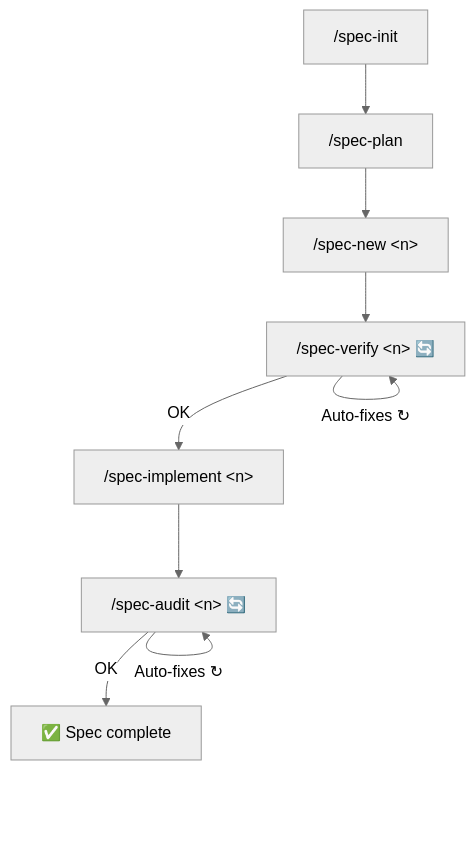
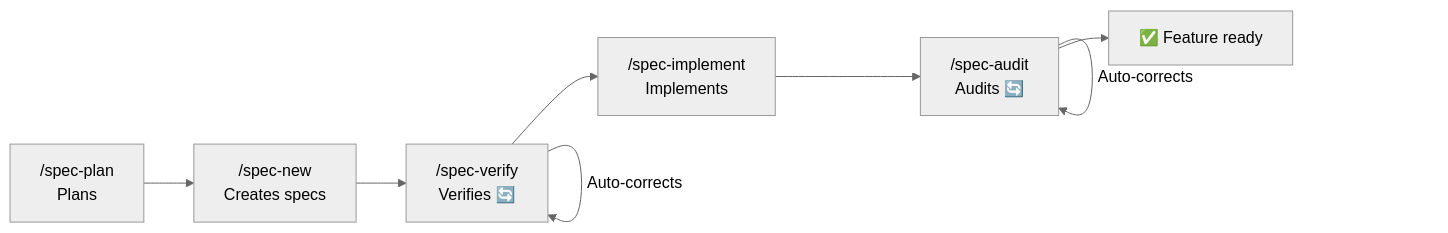
Before and after one commit to andrelncampos/dscode-public: the diagram in docs/i18n/README.en.md, drawn with Mermaid (neutral theme). The commit also changed other lines of this file and 4 other files, not shown here.

````diff
--- a/docs/i18n/README.en.md
+++ b/docs/i18n/README.en.md
@@ -400,11 +33,10 @@
 ```mermaid
-flowchart TD
-    INIT["/spec-init"] --> PLAN["/spec-plan"]
-    PLAN --> NEW["/spec-new &lt;n&gt;"]
-    NEW --> VERIFY["/spec-verify &lt;n&gt; 🔄"]
-    VERIFY -->|OK| IMPL["/spec-implement &lt;n&gt;"]
-    VERIFY -->|"Auto-fixes ↻"| VERIFY
-    IMPL --> AUDIT["/spec-audit &lt;n&gt; 🔄"]
-    AUDIT -->|OK| DONE[✅ Spec complete]
-    AUDIT -->|"Auto-fixes ↻"| AUDIT
+flowchart LR
+    P["/spec-plan<br/>Plans"] --> N["/spec-new<br/>Creates specs"]
+    N --> V["/spec-verify<br/>Verifies 🔄"]
+    V -->|"Auto-corrects"| V
+    V --> I["/spec-implement<br/>Implements"]
+    I --> A["/spec-audit<br/>Audits 🔄"]
+    A -->|"Auto-corrects"| A
+    A --> D[✅ Feature ready]
 ```
````
